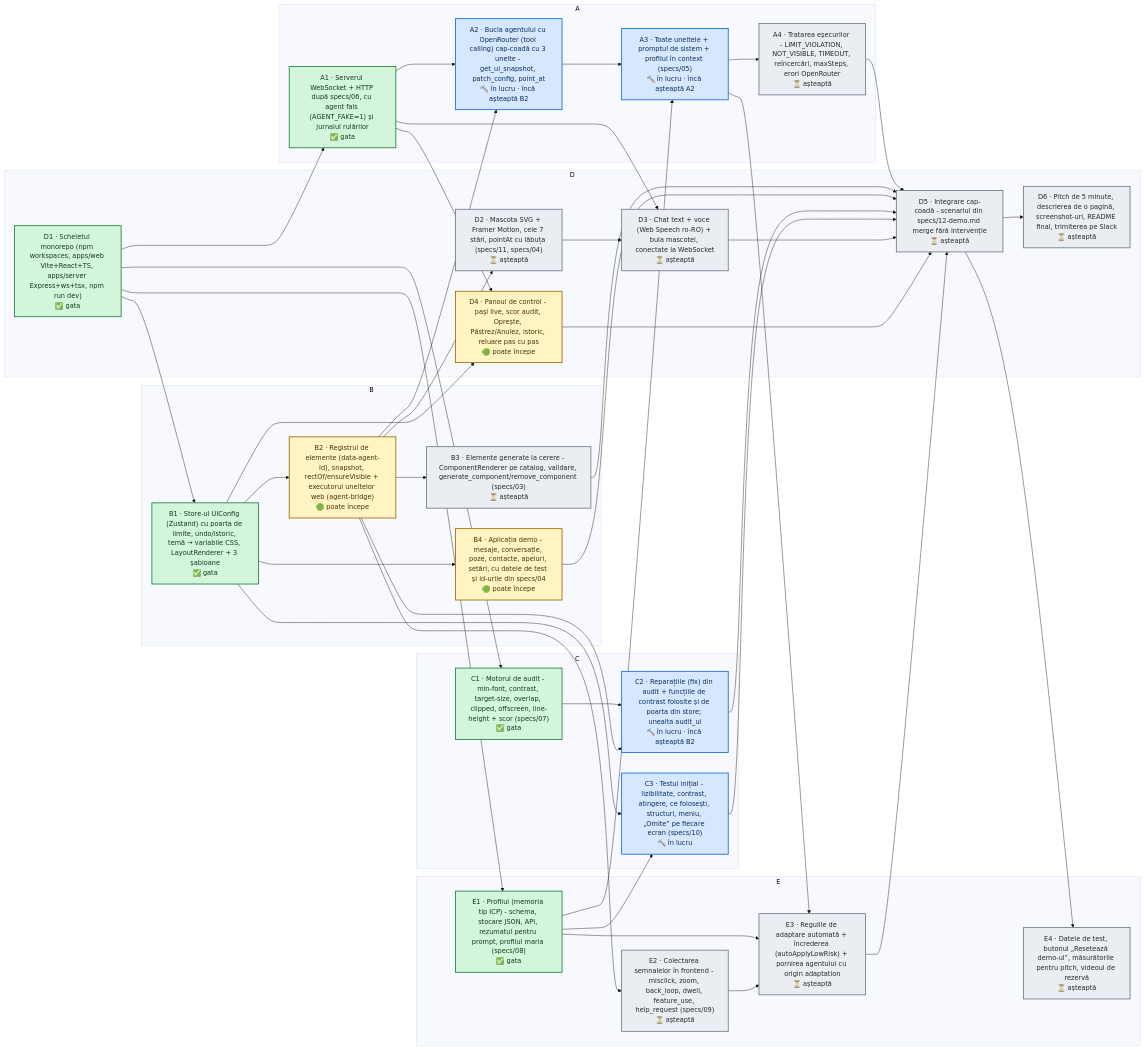
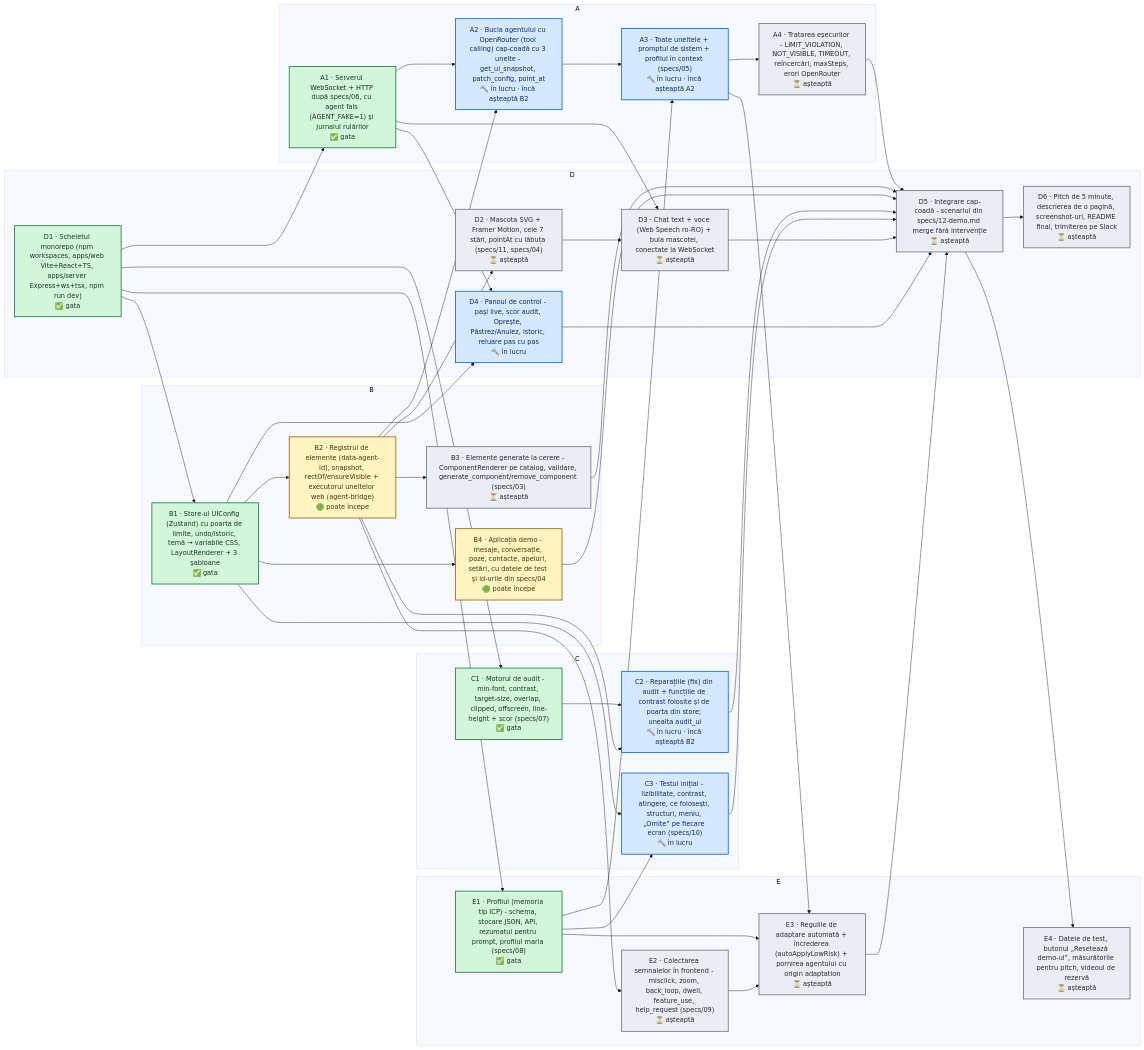
The diagram in DAG.md (06cezar/UiShapeshifter), drawn with Mermaid (base theme) before and after one commit. The commit also changed other lines of this file and 1 other file, not shown here.

Commit message:
dag: update [skip ci]

````diff
--- a/DAG.md
+++ b/DAG.md
@@ -8,78 +8,78 @@
 ```mermaid
 flowchart LR
   subgraph t_owner_A["A"]
     t_A1["A1 · Serverul WebSocket + HTTP după specs/06, cu agent fals (AGENT_FAKE=1) și jurnalul rulărilor<br/>✅ gata"]
     t_A2["A2 · Bucla agentului cu OpenRouter (tool calling) cap-coadă cu 3 unelte - get_ui_snapshot, patch_config, point_at<br/>🔨 în lucru · încă așteaptă B2"]
     t_A3["A3 · Toate uneltele + promptul de sistem + profilul în context (specs/05)<br/>🔨 în lucru · încă așteaptă A2"]
     t_A4["A4 · Tratarea eșecurilor - LIMIT_VIOLATION, NOT_VISIBLE, TIMEOUT, reîncercări, maxSteps, erori OpenRouter<br/>⏳ așteaptă"]
   end
   subgraph t_owner_B["B"]
     t_B1["B1 · Store-ul UIConfig (Zustand) cu poarta de limite, undo/istoric, temă → variabile CSS, LayoutRenderer + 3 șabloane<br/>✅ gata"]
     t_B2["B2 · Registrul de elemente (data-agent-id), snapshot, rectOf/ensureVisible + executorul uneltelor web (agent-bridge)<br/>🟢 poate începe"]
     t_B3["B3 · Elemente generate la cerere - ComponentRenderer pe catalog, validare, generate_component/remove_component (specs/03)<br/>⏳ așteaptă"]
     t_B4["B4 · Aplicația demo - mesaje, conversație, poze, contacte, apeluri, setări, cu datele de test și id-urile din specs/04<br/>🟢 poate începe"]
   end
   subgraph t_owner_C["C"]
     t_C1["C1 · Motorul de audit - min-font, contrast, target-size, overlap, clipped, offscreen, line-height + scor (specs/07)<br/>✅ gata"]
     t_C2["C2 · Reparațiile (fix) din audit + funcțiile de contrast folosite și de poarta din store; unealta audit_ui<br/>🔨 în lucru · încă așteaptă B2"]
     t_C3["C3 · Testul inițial - lizibilitate, contrast, atingere, ce folosești, structuri, meniu, „Omite” pe fiecare ecran (specs/10)<br/>🔨 în lucru"]
   end
   subgraph t_owner_D["D"]
     t_D1["D1 · Scheletul monorepo (npm workspaces, apps/web Vite+React+TS, apps/server Express+ws+tsx, npm run dev)<br/>✅ gata"]
     t_D2["D2 · Mascota SVG + Framer Motion, cele 7 stări, pointAt cu lăbuța (specs/11, specs/04)<br/>⏳ așteaptă"]
     t_D3["D3 · Chat text + voce (Web Speech ro-RO) + bula mascotei, conectate la WebSocket<br/>⏳ așteaptă"]
-    t_D4["D4 · Panoul de control - pași live, scor audit, Oprește, Păstrez/Anulez, istoric, reluare pas cu pas<br/>🟢 poate începe"]
+    t_D4["D4 · Panoul de control - pași live, scor audit, Oprește, Păstrez/Anulez, istoric, reluare pas cu pas<br/>🔨 în lucru"]
     t_D5["D5 · Integrare cap-coadă - scenariul din specs/12-demo.md merge fără intervenție<br/>⏳ așteaptă"]
     t_D6["D6 · Pitch de 5 minute, descrierea de o pagină, screenshot-uri, README final, trimiterea pe Slack<br/>⏳ așteaptă"]
   end
   subgraph t_owner_E["E"]
     t_E1["E1 · Profilul (memoria tip ICP) - schema, stocare JSON, API, rezumatul pentru prompt, profilul maria (specs/08)<br/>✅ gata"]
     t_E2["E2 · Colectarea semnalelor în frontend - misclick, zoom, back_loop, dwell, feature_use, help_request (specs/09)<br/>⏳ așteaptă"]
     t_E3["E3 · Regulile de adaptare automată + încrederea (autoApplyLowRisk) + pornirea agentului cu origin adaptation<br/>⏳ așteaptă"]
     t_E4["E4 · Datele de test, butonul „Resetează demo-ul”, măsurătorile pentru pitch, videoul de rezervă<br/>⏳ așteaptă"]
   end
   t_B2 --> t_D2
   t_A1 --> t_D3
   t_D2 --> t_D3
   t_A1 --> t_D4
   t_B1 --> t_D4
   t_A4 --> t_D5
   t_B3 --> t_D5
   t_B4 --> t_D5
   t_C2 --> t_D5
   t_C3 --> t_D5
   t_D3 --> t_D5
   t_D4 --> t_D5
   t_E3 --> t_D5
   t_D5 --> t_D6
   t_D1 --> t_A1
   t_A1 --> t_A2
   t_B2 --> t_A2
   t_A2 --> t_A3
   t_E1 --> t_A3
   t_A3 --> t_A4
   t_D1 --> t_B1
   t_B1 --> t_B2
   t_B2 --> t_B3
   t_B1 --> t_B4
   t_D1 --> t_C1
   t_C1 --> t_C2
   t_B2 --> t_C2
   t_B1 --> t_C3
   t_E1 --> t_C3
   t_D1 --> t_E1
   t_B2 --> t_E2
   t_E1 --> t_E3
   t_E2 --> t_E3
   t_A3 --> t_E3
   t_D5 --> t_E4
   classDef done fill:#d3f5dc,stroke:#1a7f37,color:#0b3d1a,stroke-width:2px
   classDef progress fill:#d6e8ff,stroke:#0969da,color:#0a2d5c,stroke-width:2px
   classDef ready fill:#fff4c2,stroke:#9a6700,color:#4d3300,stroke-width:2px
   classDef wait fill:#eaeef2,stroke:#6e7781,color:#24292f,stroke-width:2px
   classDef blocked fill:#ffd8d3,stroke:#cf222e,color:#5c0b10,stroke-width:2px
   class t_D1,t_A1,t_B1,t_C1,t_E1 done
-  class t_A2,t_A3,t_C2,t_C3 progress
-  class t_D4,t_B2,t_B4 ready
+  class t_D4,t_A2,t_A3,t_C2,t_C3 progress
+  class t_B2,t_B4 ready
   class t_D2,t_D3,t_D5,t_D6,t_A4,t_B3,t_E2,t_E3,t_E4 wait
 ```
````
